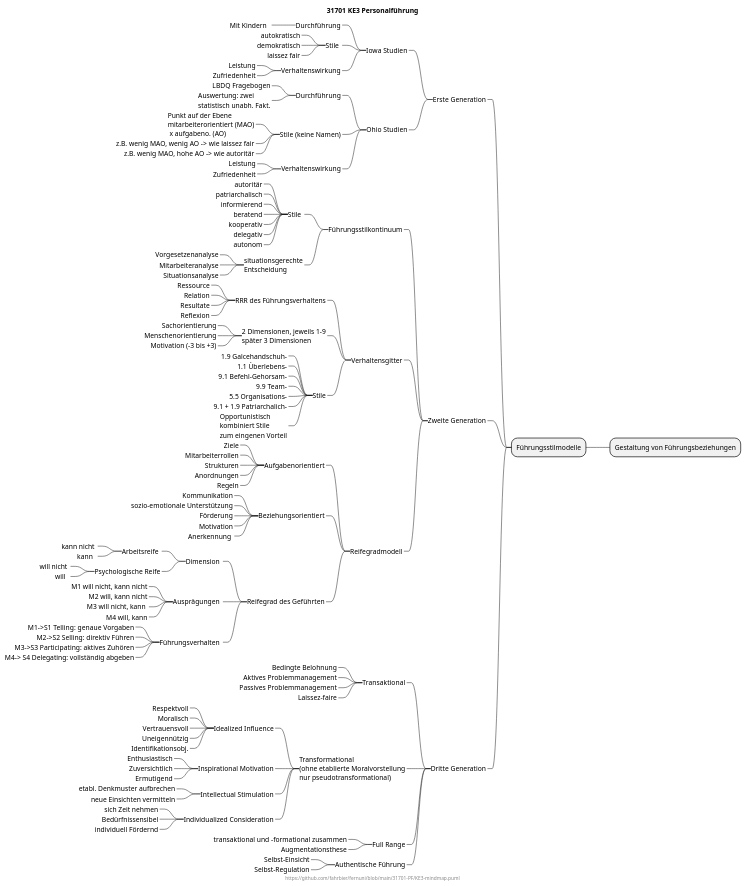
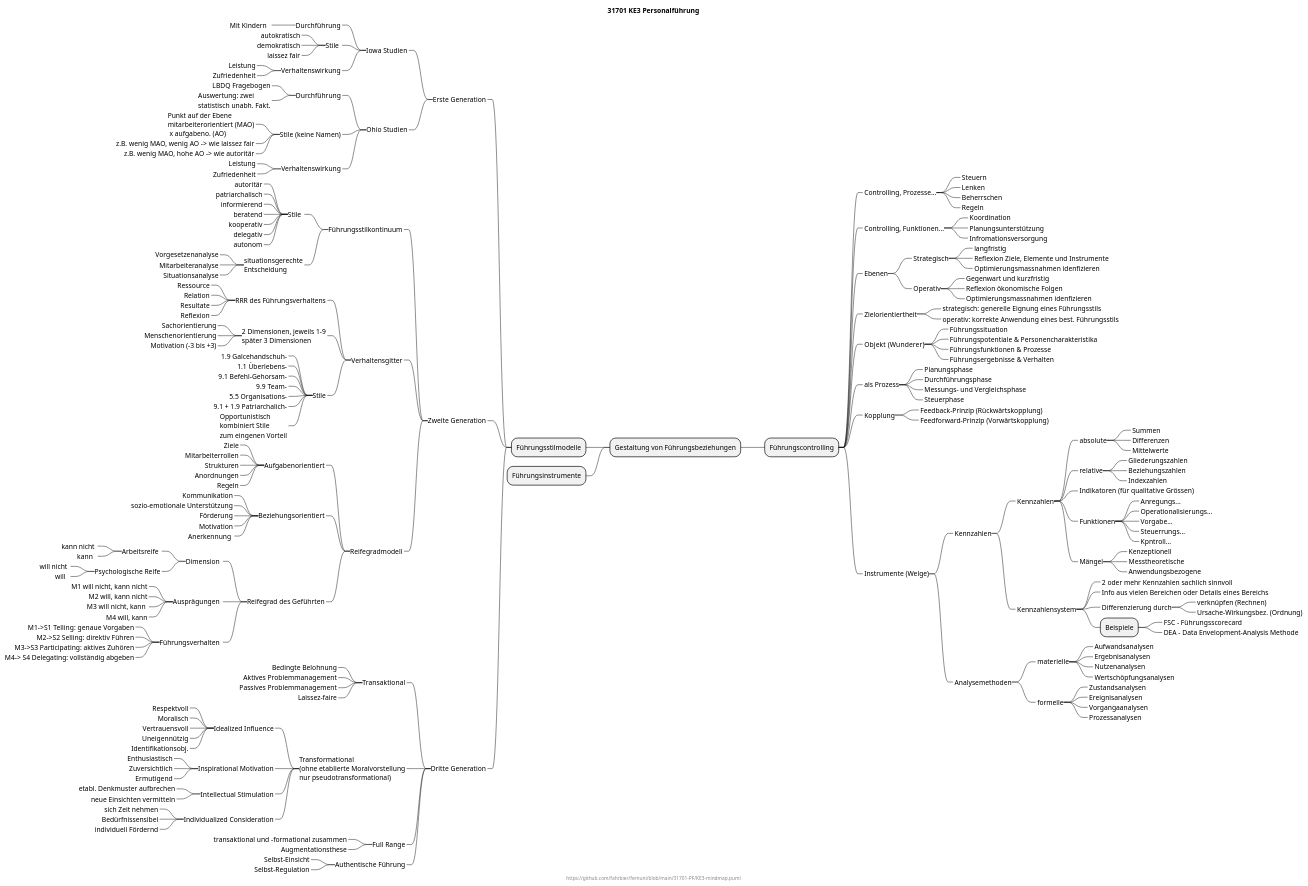
Before and after one commit to fahrbier/fernuni: the diagram in 31701-PF/KE3-mindmap.puml, drawn with PlantUML.

Commit message:
added controlling

```diff
--- a/31701-PF/KE3-mindmap.puml
+++ b/31701-PF/KE3-mindmap.puml
@@ -150,4 +150,102 @@
 -----_ Selbst-Regulation
 
 
+-- Führungsinstrumente
+
+++ Führungscontrolling
++++_ Controlling, Prozesse...
+++++_ Steuern
+++++_ Lenken
+++++_ Beherrschen
+++++_ Regeln
++++_ Controlling, Funktionen...
+++++_ Koordination
+++++_ Planungsunterstützung
+++++_ Infromationsversorgung
++++_ Ebenen
+++++_ Strategisch
++++++_ langfristig
++++++_ Reflexion Ziele, Elemente und Instrumente
++++++_ Optimierungsmassnahmen idenfizieren
+
+++++_ Operativ
++++++_ Gegenwart und kurzfristig
++++++_ Reflexion ökonomische Folgen
++++++_ Optimierungsmassnahmen idenfizieren
+
++++_ Zielorientiertheit
+++++_ strategisch: generelle Eignung eines Führungsstils
+++++_ operativ: korrekte Anwendung eines best. Führungsstils
+
++++_ Objekt  (Wunderer)
+++++_ Führungssituation
+++++_ Führungspotentiale & Personencharakteristika
+++++_ Führungsfunktionen & Prozesse
+++++_ Führungsergebnisse & Verhalten
+
+
++++_ als Prozess
+++++_ Planungsphase
+++++_ Durchführungsphase
+++++_ Messungs- und Vergleichsphase
+++++_ Steuerphase
+
++++_ Kopplung
+++++_ Feedback-Prinzip (Rückwärtskopplung)
+++++_ Feedforward-Prinzip (Vorwärtskopplung)
+
++++_ Instrumente (Welge)
+++++_ Kennzahlen
++++++_ Kennzahlen
+++++++_ absolute
++++++++_ Summen
++++++++_ Differenzen
++++++++_ Mittelwerte
+++++++_ relative
++++++++_ Gliederungszahlen
++++++++_ Beziehungszahlen
++++++++_ Indexzahlen
+
+++++++_ Indikatoren (für qualitative Grössen)
+++++++_ Funktionen
++++++++_ Anregungs...
++++++++_ Operationalisierungs...
++++++++_ Vorgabe...
++++++++_ Steuerrungs...
++++++++_ Kpntroll...
+
+++++++_ Mängel
++++++++_ Kenzeptionell
++++++++_ Messtheoretische
++++++++_ Anwendungsbezogene
+
++++++_ Kennzahlensystem
+++++++_ 2 oder mehr Kennzahlen sachlich sinnvoll
+++++++_ Info aus vielen Bereichen oder Details eines Bereichs
+++++++_ Differenzierung durch
++++++++_ verknüpfen (Rechnen)
++++++++_ Ursache-Wirkungsbez. (Ordnung)
+++++++ Beispiele
++++++++_ FSC - Führungsscorecard
++++++++_ DEA - Data Envelopment-Analysis Methode
+
+++++_ Analysemethoden
++++++_ materielle
+++++++_ Aufwandsanalysen
+++++++_ Ergebnisanalysen
+++++++_ Nutzenanalysen
+++++++_ Wertschöpfungsanalysen
+
++++++_ formelle
+++++++_ Zustandsanalysen
+++++++_ Ereignisanalysen
+++++++_ Vorgangaanalysen
+++++++_ Prozessanalysen
+
+
+
+
+
+
+
 @endmindmap
```
